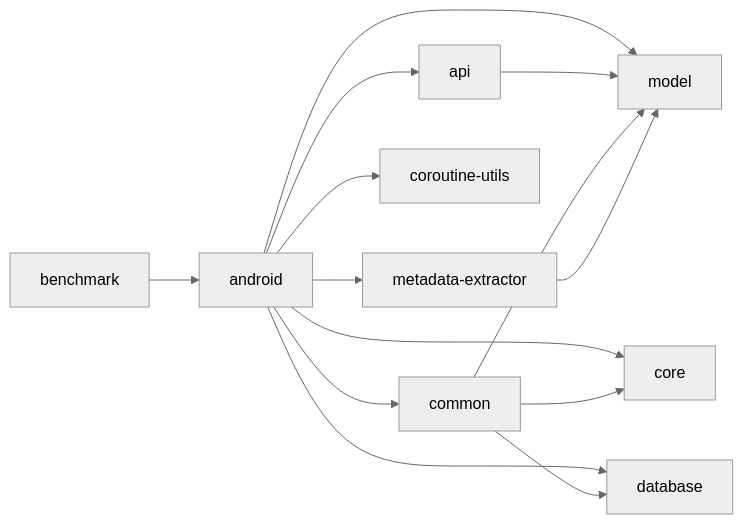
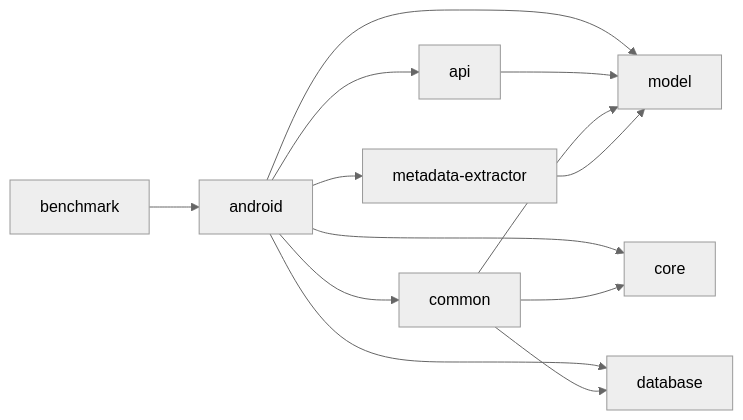
One commit to msfjarvis/compose-lobsters changed the diagram in README.md. Above: the diagram before and after it, drawn with Mermaid. The commit also changed 15 other files, not shown here.

Commit message:
refactor: move coroutine-utils into core

````diff
--- a/README.md
+++ b/README.md
@@ -19,24 +19,23 @@
 ```mermaid
 %%{
   init: {
     'theme': 'neutral'
   }
 }%%
 
 graph LR
 
   benchmark --> android
   android --> api
   android --> common
   android --> core
-  android --> coroutine-utils
   android --> database
   android --> metadata-extractor
   android --> model
   api --> model
   common --> core
   common --> database
   common --> model
   metadata-extractor --> model
 
 ```
````
